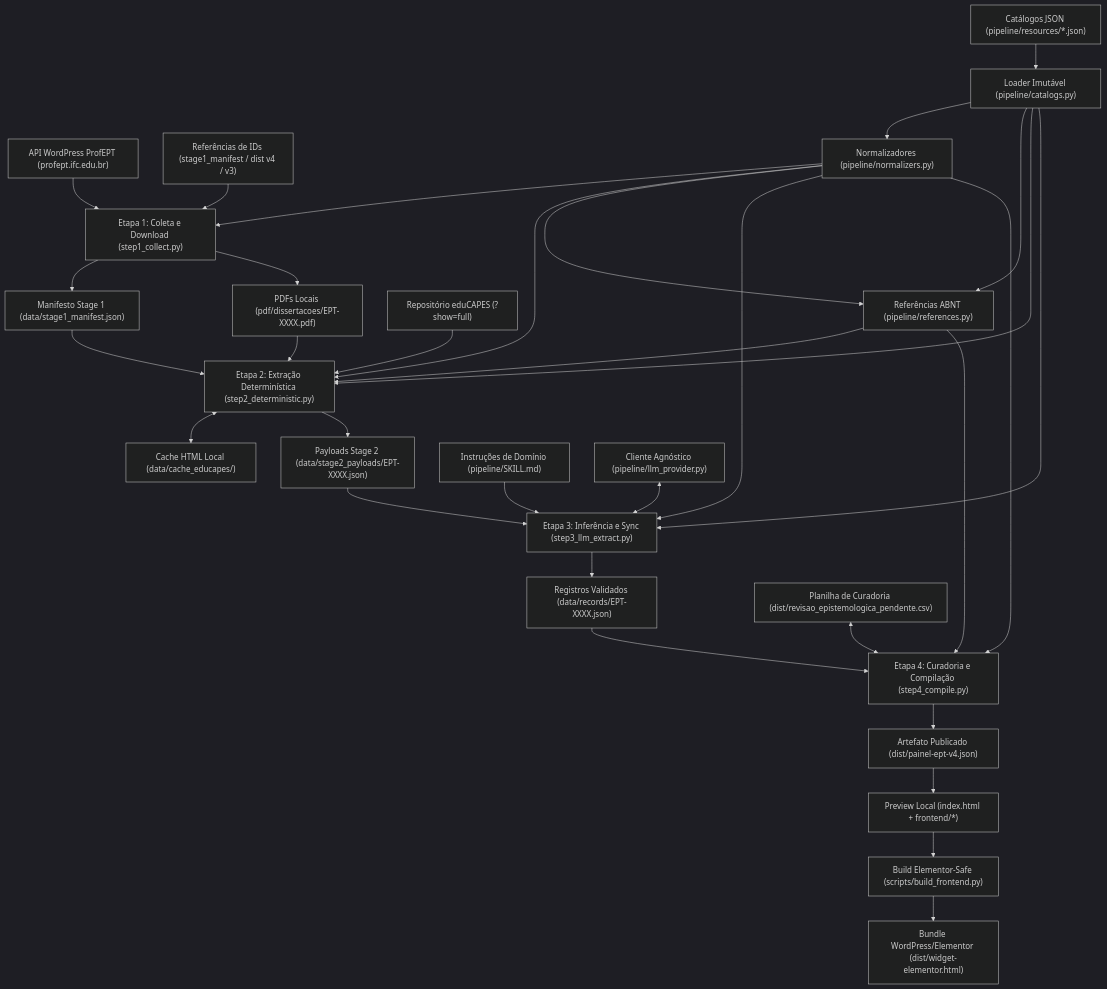
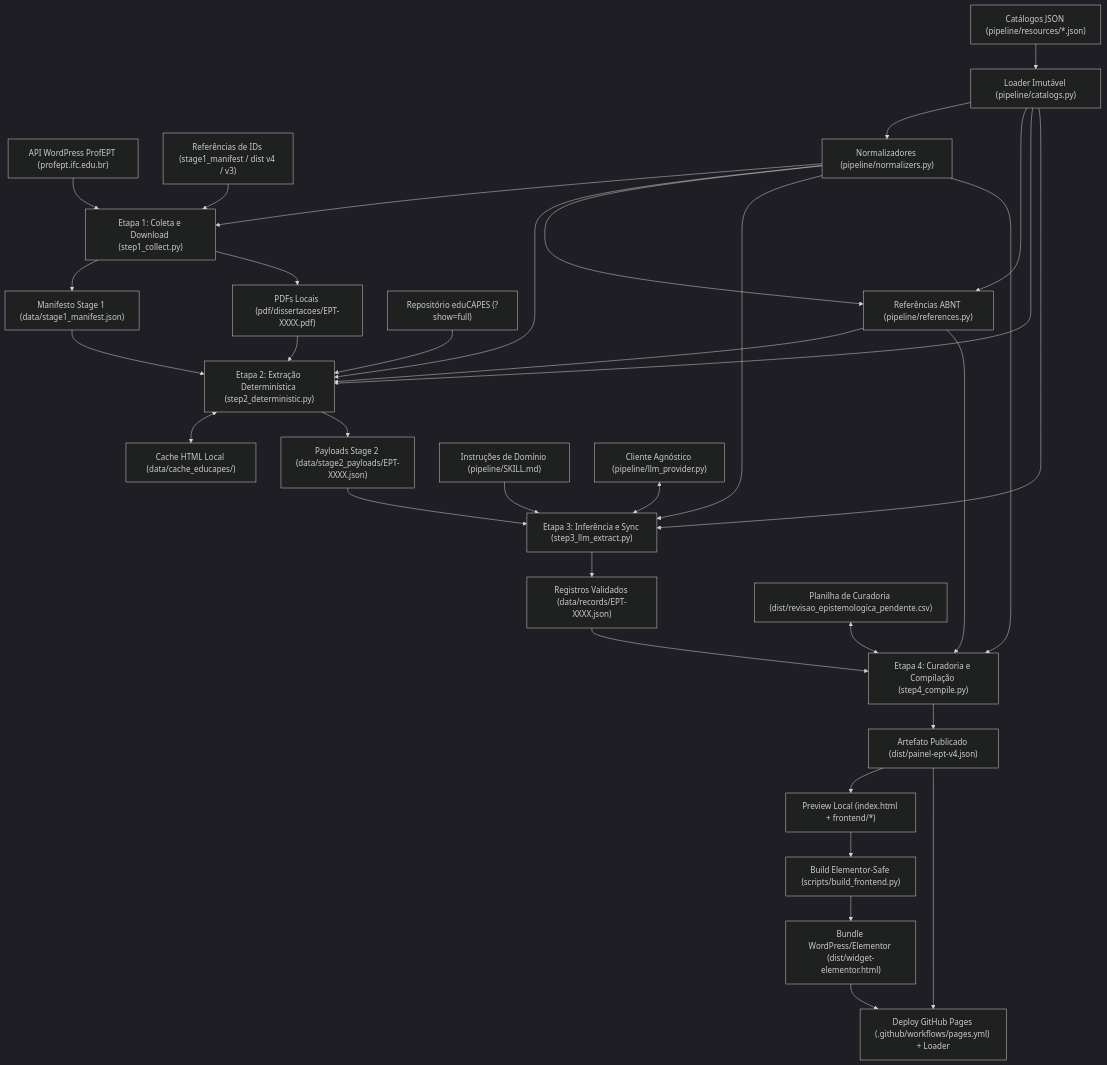
Before and after one commit to regi-lpf/lemeept: the diagram in ARQUITETURA.md, drawn with Mermaid (dark theme). The commit also changed other lines of this file and 8 other files, not shown here.

Commit message:
feat: automate frontend deployment via GitHub Pages and add Elementor loader snippet

````diff
--- a/ARQUITETURA.md
+++ b/ARQUITETURA.md
@@ -9,38 +9,40 @@
 ```mermaid
 flowchart TD
     WP["API WordPress ProfEPT (profept.ifc.edu.br)"] --> S1["Etapa 1: Coleta e Download (step1_collect.py)"]
     REFS["Referências de IDs (stage1_manifest / dist v4 / v3)"] --> S1
     S1 --> MAN["Manifesto Stage 1 (data/stage1_manifest.json)"]
     S1 --> PDF["PDFs Locais (pdf/dissertacoes/EPT-XXXX.pdf)"]
 
     MAN --> S2["Etapa 2: Extração Determinística (step2_deterministic.py)"]
     PDF --> S2
     CAPES["Repositório eduCAPES (?show=full)"] --> S2
     S2 <--> CACHE["Cache HTML Local (data/cache_educapes/)"]
     S2 --> PAYLOAD["Payloads Stage 2 (data/stage2_payloads/EPT-XXXX.json)"]
 
     RES["Catálogos JSON (pipeline/resources/*.json)"] --> CAT["Loader Imutável (pipeline/catalogs.py)"]
     CAT --> NORM["Normalizadores (pipeline/normalizers.py)"]
     CAT --> REF["Referências ABNT (pipeline/references.py)"]
     CAT --> S2
     CAT --> S3
 
     NORM --> S1
     NORM --> S2
     NORM --> REF
     REF --> S2
     PAYLOAD --> S3["Etapa 3: Inferência e Sync (step3_llm_extract.py)"]
     NORM --> S3
     SKILL["Instruções de Domínio (pipeline/SKILL.md)"] --> S3
     PROV["Cliente Agnóstico (pipeline/llm_provider.py)"] <--> S3
     S3 --> REC["Registros Validados (data/records/EPT-XXXX.json)"]
 
     REC --> S4["Etapa 4: Curadoria e Compilação (step4_compile.py)"]
     NORM --> S4
     REF --> S4
     CSV["Planilha de Curadoria (dist/revisao_epistemologica_pendente.csv)"] <--> S4
     S4 --> DIST["Artefato Publicado (dist/painel-ept-v4.json)"]
     DIST --> FE["Preview Local (index.html + frontend/*)"]
     FE --> BUILD["Build Elementor-Safe (scripts/build_frontend.py)"]
     BUILD --> WIDGET["Bundle WordPress/Elementor (dist/widget-elementor.html)"]
+    DIST --> PAGES["Deploy GitHub Pages (.github/workflows/pages.yml) + Loader"]
+    WIDGET --> PAGES
 ```
````
